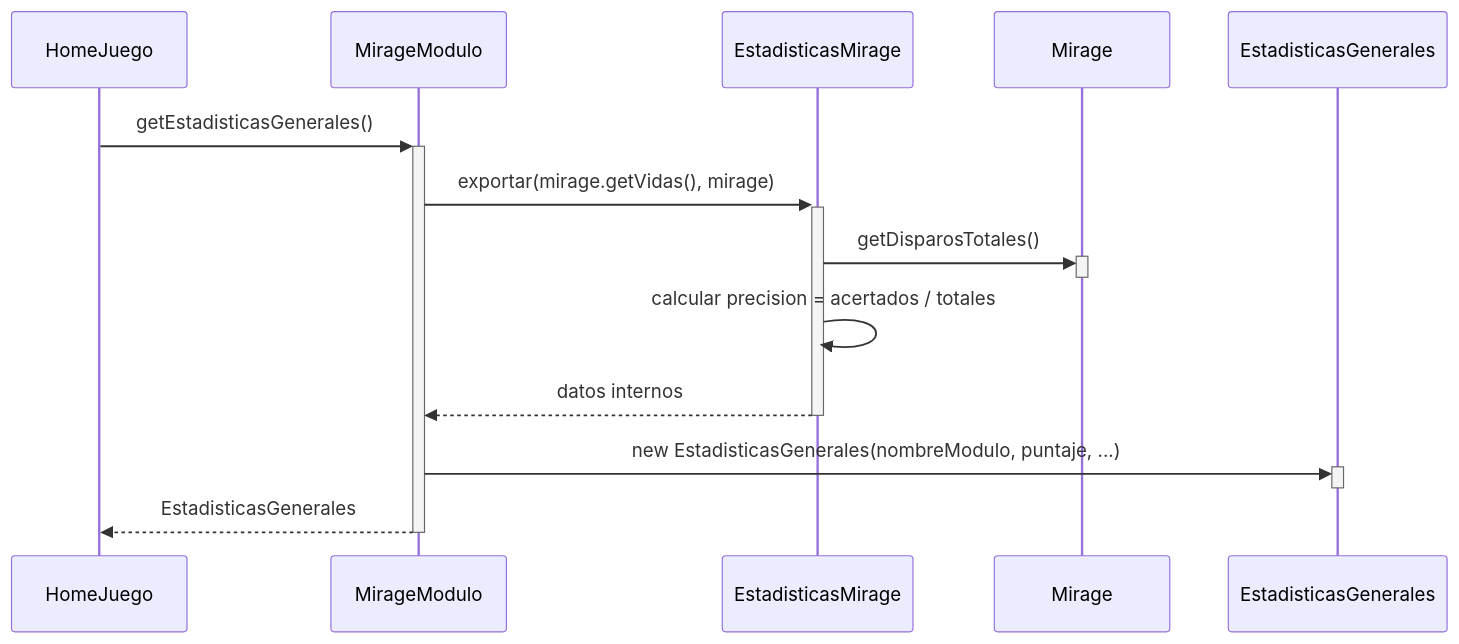
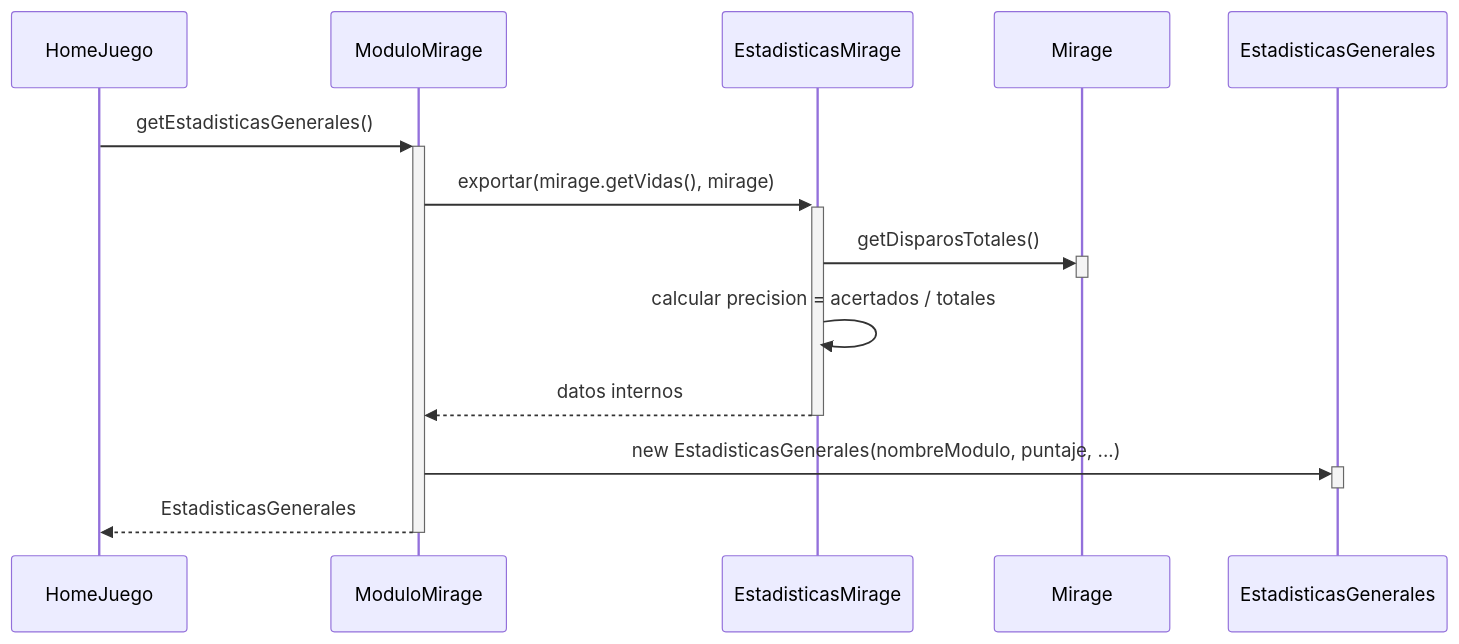
One commit to Christian-Rojas-Rodriguez/juego-1982 changed the ninth of 9 diagrams in docs/v1/analisis/casos-de-uso.md. Above: the diagram before and after it, drawn with Mermaid. The commit also changed 3 other files, not shown here.

First line of the commit message:
feat: implementar UC-08 (exportar estadisticas al HOME)

````diff
--- a/docs/v1/analisis/casos-de-uso.md
+++ b/docs/v1/analisis/casos-de-uso.md
@@ -330,18 +330,18 @@
 ```mermaid
 sequenceDiagram
     participant HomeJuego
-    participant MirageModulo
+    participant ModuloMirage
     participant EstadisticasMirage
     participant Mirage
     participant EstadisticasGenerales
 
-    HomeJuego->>+MirageModulo: getEstadisticasGenerales()
-    MirageModulo->>+EstadisticasMirage: exportar(mirage.getVidas(), mirage)
+    HomeJuego->>+ModuloMirage: getEstadisticasGenerales()
+    ModuloMirage->>+EstadisticasMirage: exportar(mirage.getVidas(), mirage)
     EstadisticasMirage->>+Mirage: getDisparosTotales()
     deactivate Mirage
     EstadisticasMirage->>EstadisticasMirage: calcular precision = acertados / totales
-    EstadisticasMirage-->>-MirageModulo: datos internos
-    MirageModulo->>+EstadisticasGenerales: new EstadisticasGenerales(nombreModulo, puntaje, ...)
+    EstadisticasMirage-->>-ModuloMirage: datos internos
+    ModuloMirage->>+EstadisticasGenerales: new EstadisticasGenerales(nombreModulo, puntaje, ...)
     deactivate EstadisticasGenerales
-    MirageModulo-->>-HomeJuego: EstadisticasGenerales
+    ModuloMirage-->>-HomeJuego: EstadisticasGenerales
 ```
````
